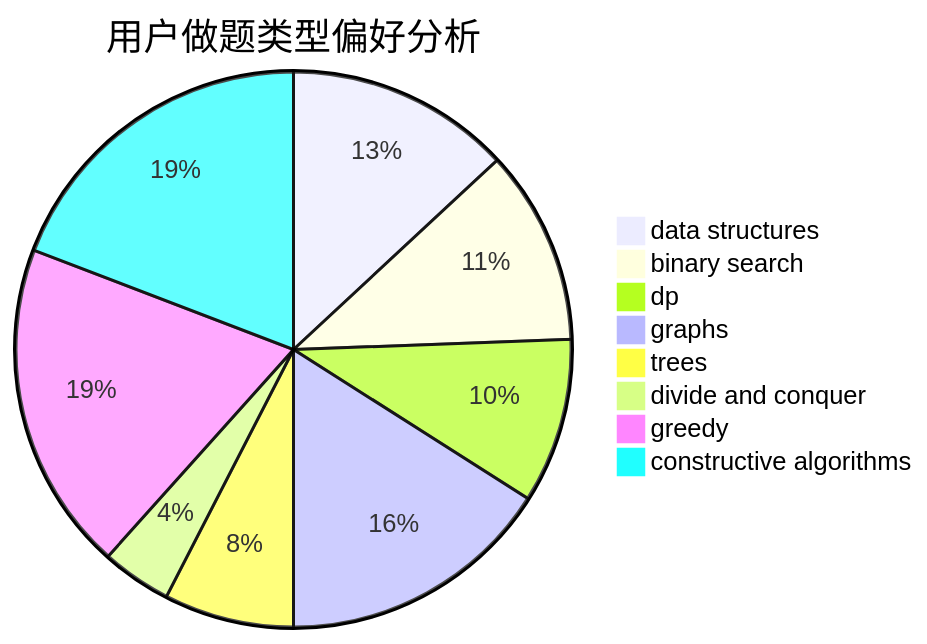
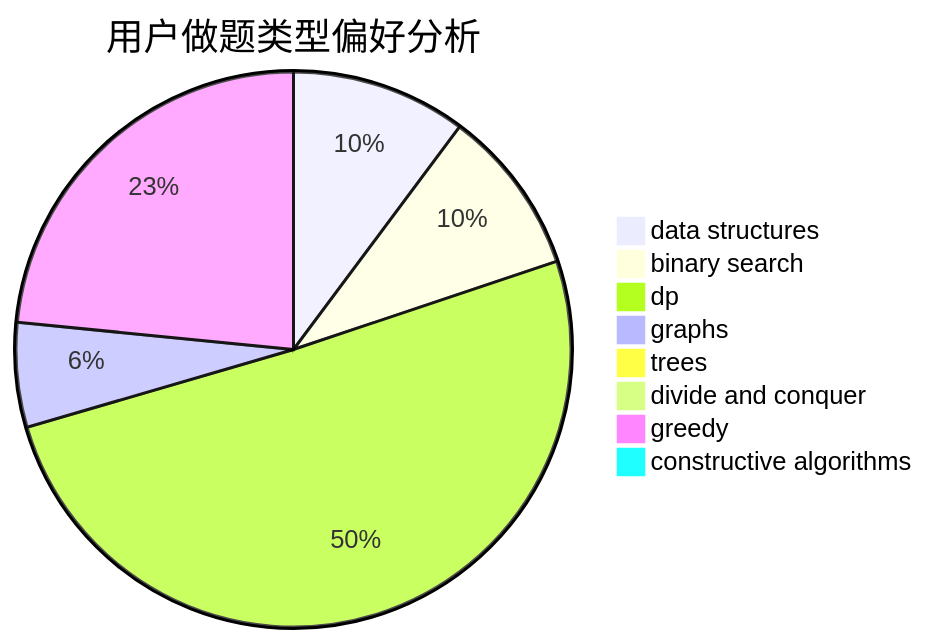
The second of 3 diagrams in docs/user/u476.md (sherpahu/cfrs.github.io), drawn with Mermaid before and after one commit. The commit also changed other lines of this file and 2770 other files, not shown here.

````diff
--- a/docs/user/u476.md
+++ b/docs/user/u476.md
@@ -23,11 +23,11 @@
 ```mermaid
 pie title 用户做题类型偏好分析
-    "data structures" :  45
-    "binary search" :  39
-    "dp" :  33
-    "graphs" :  55
-    "trees" :  26
-    "divide and conquer" :  14
-    "greedy" :  66
-    "constructive algorithms" :  66
+    "data structures" :  57
+    "binary search" :  54
+    "dp" :  283
+    "graphs" :  34
+    "trees" :  4
+    "divide and conquer" :  0
+    "greedy" :  131
+    "constructive algorithms" :  4
 ```
````
